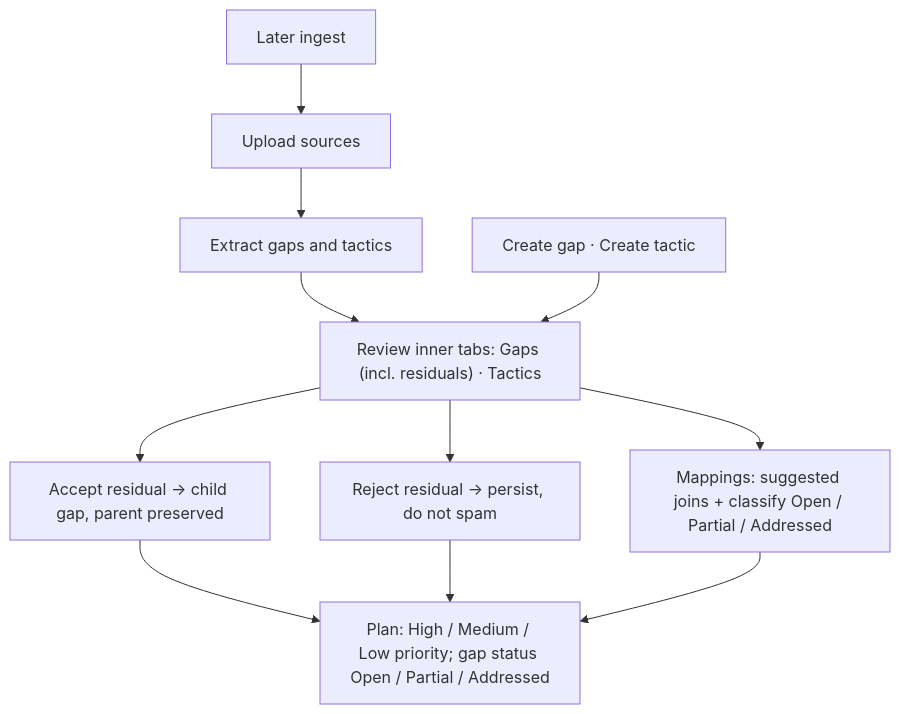
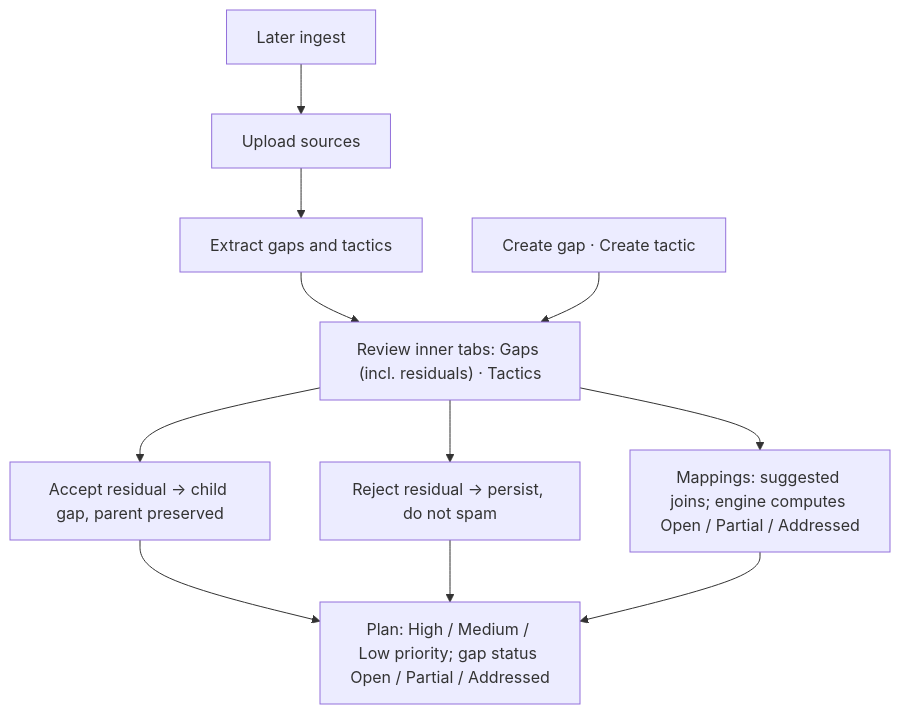
The first of 2 diagrams in docs/problem-and-solution.md (Shashb21/synapse), drawn with Mermaid before and after one commit. The commit also changed other lines of this file and 22 other files, not shown here.

````diff
--- a/docs/problem-and-solution.md
+++ b/docs/problem-and-solution.md
@@ -50,22 +50,22 @@
 ```mermaid
 flowchart TD
   upload["Upload sources"]
   extract["Extract gaps and tactics"]
   review["Review inner tabs: Gaps (incl. residuals) · Tactics"]
   create["Create gap · Create tactic"]
   acceptChild["Accept residual → child gap, parent preserved"]
   rejectChild["Reject residual → persist, do not spam"]
-  map["Mappings: suggested joins + classify Open / Partial / Addressed"]
+  map["Mappings: suggested joins; engine computes Open / Partial / Addressed"]
   board["Plan: High / Medium / Low priority; gap status Open / Partial / Addressed"]
   later["Later ingest"]
   upload --> extract
   extract --> review
   create --> review
   review --> acceptChild
   review --> rejectChild
   review --> map
   acceptChild --> board
   rejectChild --> board
   map --> board
   later --> upload
 ```
````
